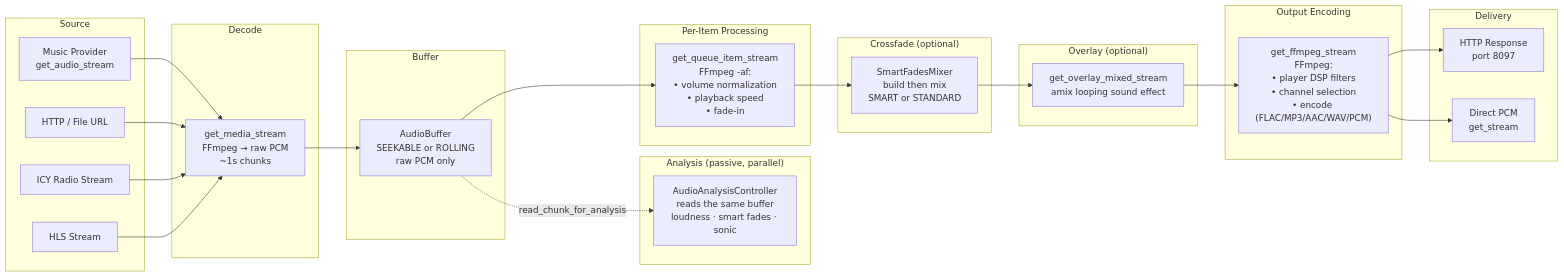
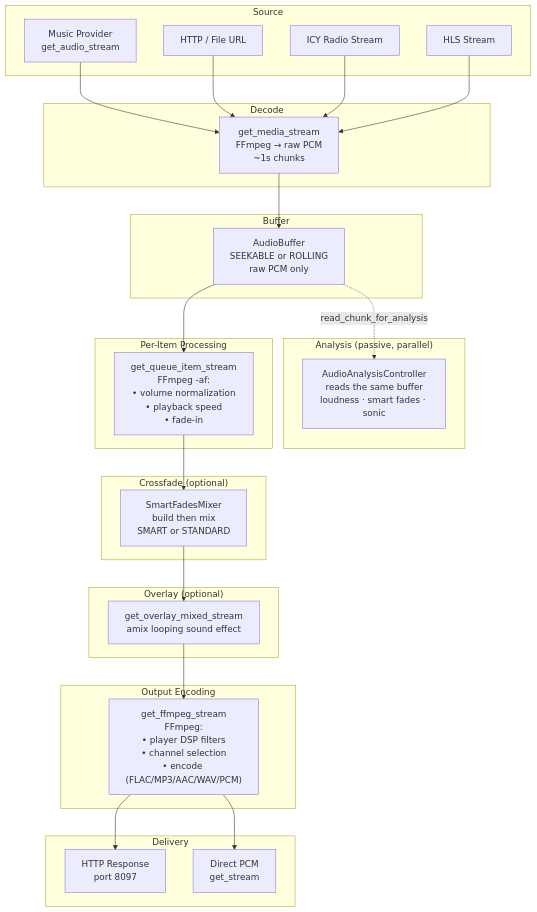
Before and after one commit to theturtle32/music-assistant-server: the diagram in docs/architecture/10-streaming-pipeline.md, drawn with Mermaid.

Commit message:
docs(architecture): render the streaming pipeline diagram vertically
The pipeline is a long linear chain, so a left-to-right graph rendered
very wide and short. Top-down puts the source fan-in across the top and
the chain down the page, which fits a documentation page far better.

````diff
--- a/docs/architecture/10-streaming-pipeline.md
+++ b/docs/architecture/10-streaming-pipeline.md
@@ -19,45 +19,45 @@
 ```mermaid
-graph LR
+graph TD
     subgraph "Source"
         MP[Music Provider<br/>get_audio_stream]
         HTTP[HTTP / File URL]
         ICY[ICY Radio Stream]
         HLS[HLS Stream]
     end
 
     subgraph "Decode"
         GMS[get_media_stream<br/>FFmpeg → raw PCM<br/>~1s chunks]
     end
 
     subgraph "Buffer"
         AB[AudioBuffer<br/>SEEKABLE or ROLLING<br/>raw PCM only]
     end
 
     subgraph "Analysis (passive, parallel)"
         AA["AudioAnalysisController<br/>reads the same buffer<br/>loudness · smart fades · sonic"]
     end
 
     subgraph "Per-Item Processing"
         GQS["get_queue_item_stream<br/>FFmpeg -af:<br/>• volume normalization<br/>• playback speed<br/>• fade-in"]
     end
 
     subgraph "Crossfade (optional)"
         SF[SmartFadesMixer<br/>build then mix<br/>SMART or STANDARD]
     end
 
     subgraph "Overlay (optional)"
         OV["get_overlay_mixed_stream<br/>amix looping sound effect"]
     end
 
     subgraph "Output Encoding"
         FFO["get_ffmpeg_stream<br/>FFmpeg:<br/>• player DSP filters<br/>• channel selection<br/>• encode (FLAC/MP3/AAC/WAV/PCM)"]
     end
 
     subgraph "Delivery"
         HTTPOUT[HTTP Response<br/>port 8097]
         DPCM[Direct PCM<br/>get_stream]
     end
 
     MP & HTTP & ICY & HLS --> GMS --> AB --> GQS --> SF --> OV --> FFO --> HTTPOUT & DPCM
     AB -.->|read_chunk_for_analysis| AA
 ```
````
